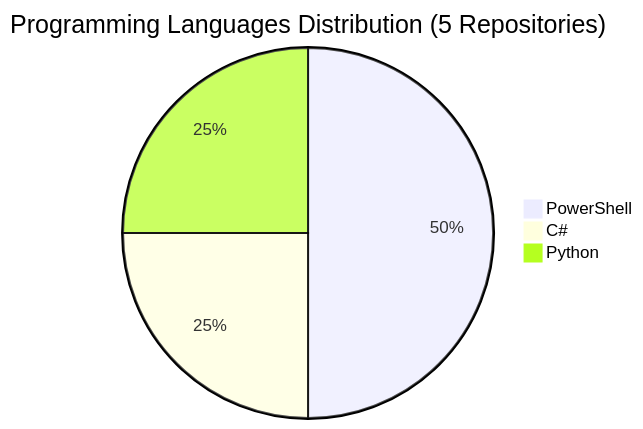
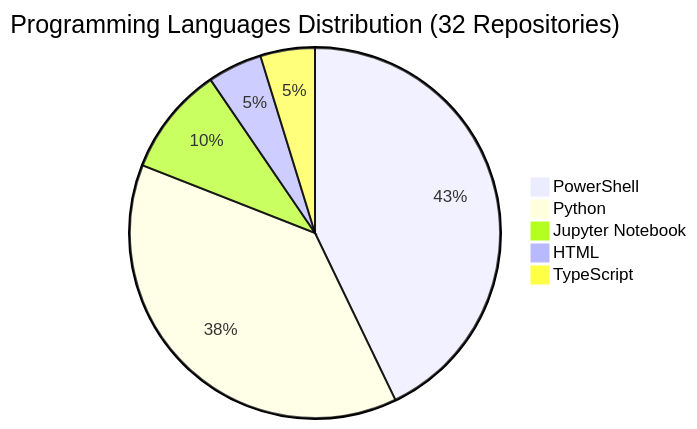
The diagram in REPOS.md (fabioc-aloha/fabioc-aloha), drawn with Mermaid before and after one commit. The commit also changed other lines of this file and 1 other file, not shown here.

````diff
--- a/REPOS.md
+++ b/REPOS.md
@@ -63,6 +105,8 @@
 ```mermaid
-pie title Programming Languages Distribution (5 Repositories)
-    "PowerShell" : 2
-    "C#" : 1
-    "Python" : 1
+pie title Programming Languages Distribution (32 Repositories)
+    "PowerShell" : 9
+    "Python" : 8
+    "Jupyter Notebook" : 2
+    "HTML" : 1
+    "TypeScript" : 1
 ```
````
